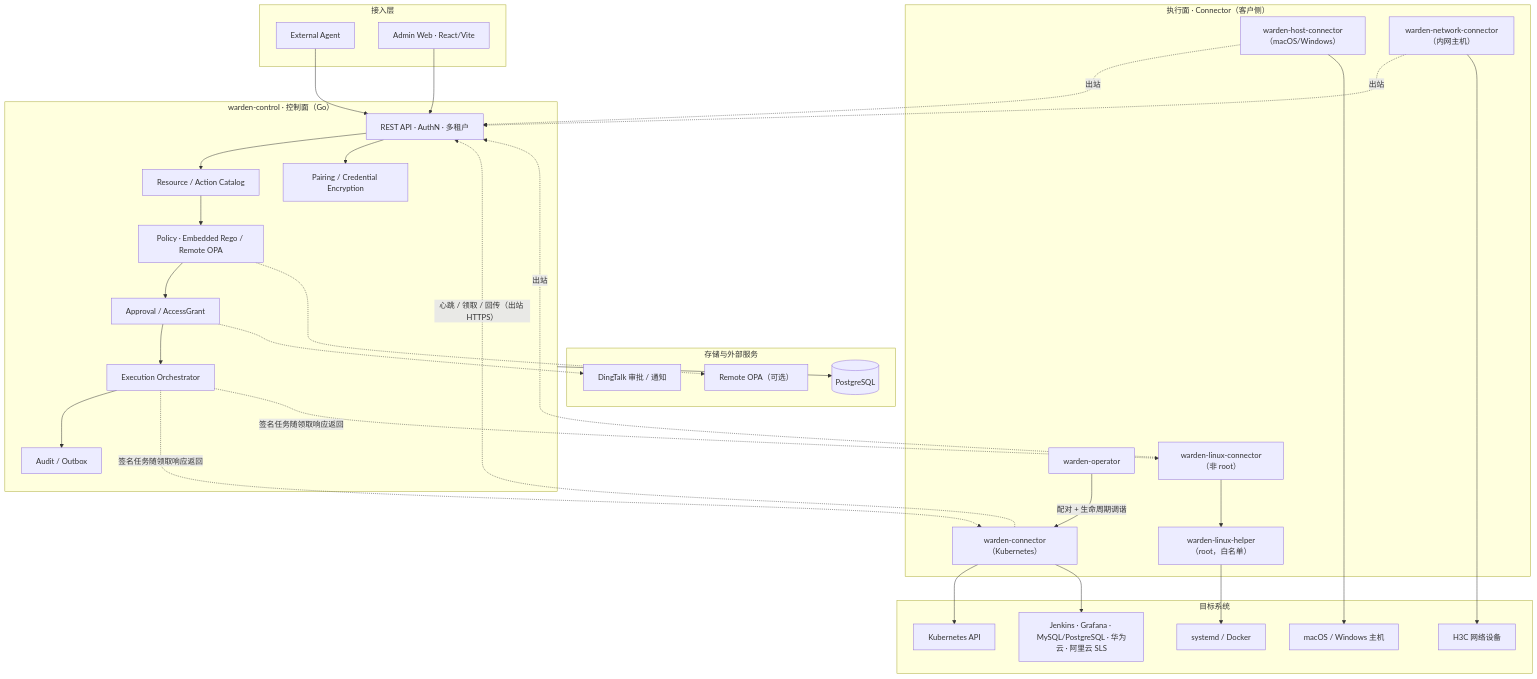
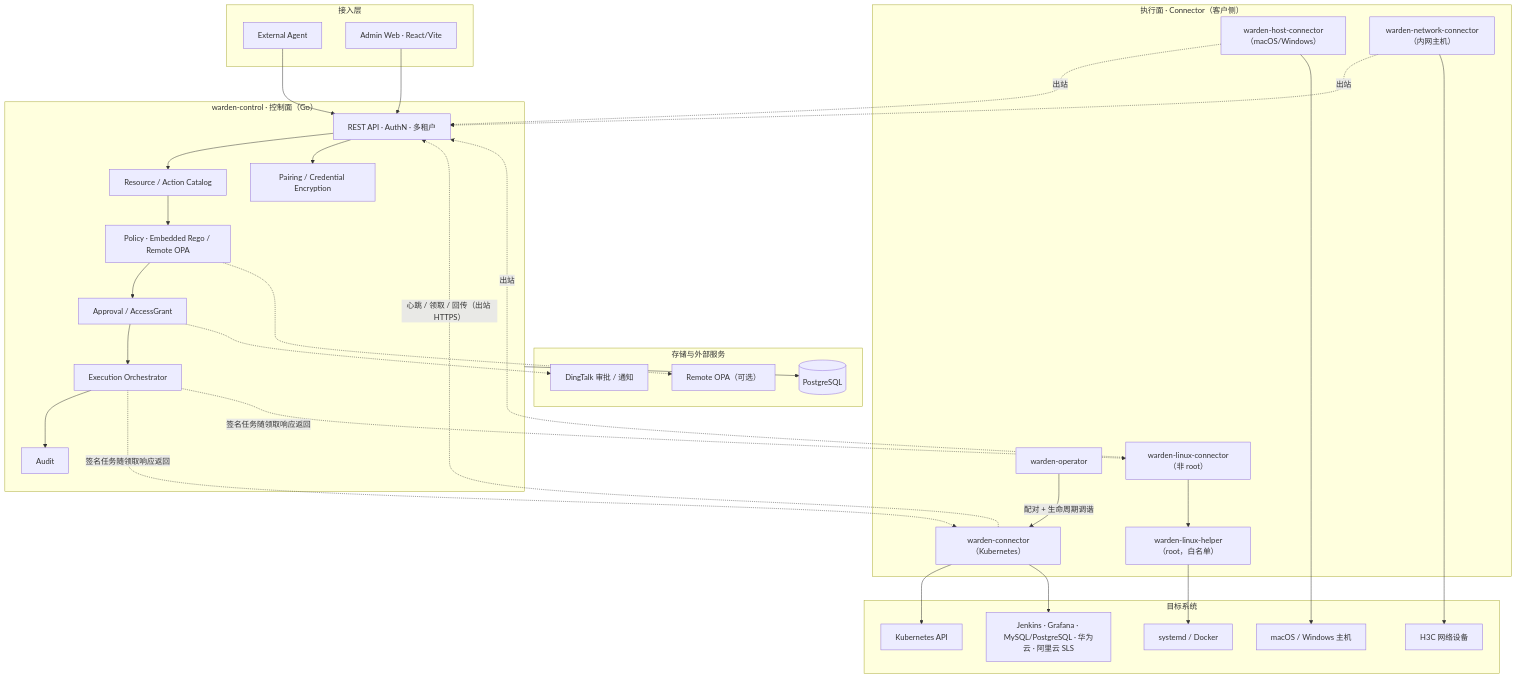
One commit to warden-platform/warden changed the first of 4 diagrams in docs/architecture.md. Above: the diagram before and after it, drawn with Mermaid. The commit also changed other lines of this file and 16 other files, not shown here.

````diff
--- a/docs/architecture.md
+++ b/docs/architecture.md
@@ -33,61 +33,61 @@
 ```mermaid
 flowchart TB
     subgraph CLIENT["接入层"]
         AGENT["External Agent"]
         WEB["Admin Web · React/Vite"]
     end
 
     subgraph CONTROL["warden-control · 控制面（Go）"]
         API["REST API · AuthN · 多租户"]
         CATALOG["Resource / Action Catalog"]
         POLICY["Policy · Embedded Rego / Remote OPA"]
         ACCESS["Approval / AccessGrant"]
         EXEC["Execution Orchestrator"]
-        AUDIT["Audit / Outbox"]
+        AUDIT["Audit"]
         PAIRING["Pairing / Credential Encryption"]
     end
 
     subgraph DEP["存储与外部服务"]
         PG[("PostgreSQL")]
         OPA["Remote OPA（可选）"]
         DING["DingTalk 审批 / 通知"]
     end
 
     subgraph EDGE["执行面 · Connector（客户侧）"]
         OP["warden-operator"]
         KC["warden-connector（Kubernetes）"]
         LC["warden-linux-connector（非 root）"]
         LH["warden-linux-helper（root，白名单）"]
         HC["warden-host-connector（macOS/Windows）"]
         NC["warden-network-connector（内网主机）"]
     end
 
     subgraph TARGET["目标系统"]
         K8S["Kubernetes API"]
         HOST["systemd / Docker"]
         MHOST["macOS / Windows 主机"]
         NET["H3C 网络设备"]
         INTEG["Jenkins · Grafana · MySQL/PostgreSQL · 华为云 · 阿里云 SLS"]
     end
 
     AGENT --> API
     WEB --> API
     API --> CATALOG --> POLICY --> ACCESS --> EXEC --> AUDIT
     API --> PAIRING
     CONTROL --> PG
     POLICY -.-> OPA
     ACCESS -.-> DING
 
     KC -. "心跳 / 领取 / 回传（出站 HTTPS）" .-> API
     LC -. "出站" .-> API
     HC -. "出站" .-> API
     NC -. "出站" .-> API
     EXEC -. "签名任务随领取响应返回" .-> KC
     EXEC -. "签名任务随领取响应返回" .-> LC
 
     OP -- "配对 + 生命周期调谐" --> KC --> K8S
     KC --> INTEG
     LC --> LH --> HOST
     HC --> MHOST
     NC --> NET
 ```
````
